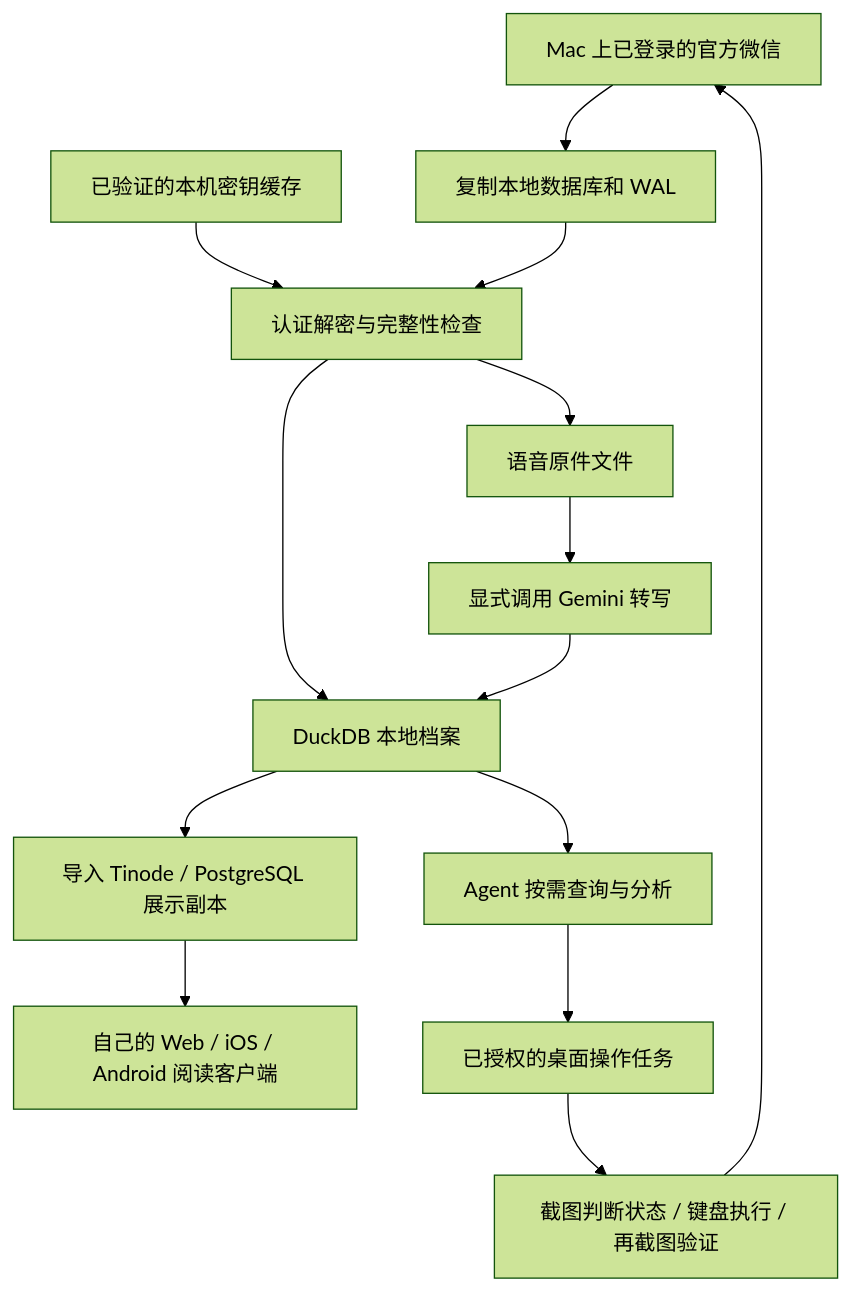
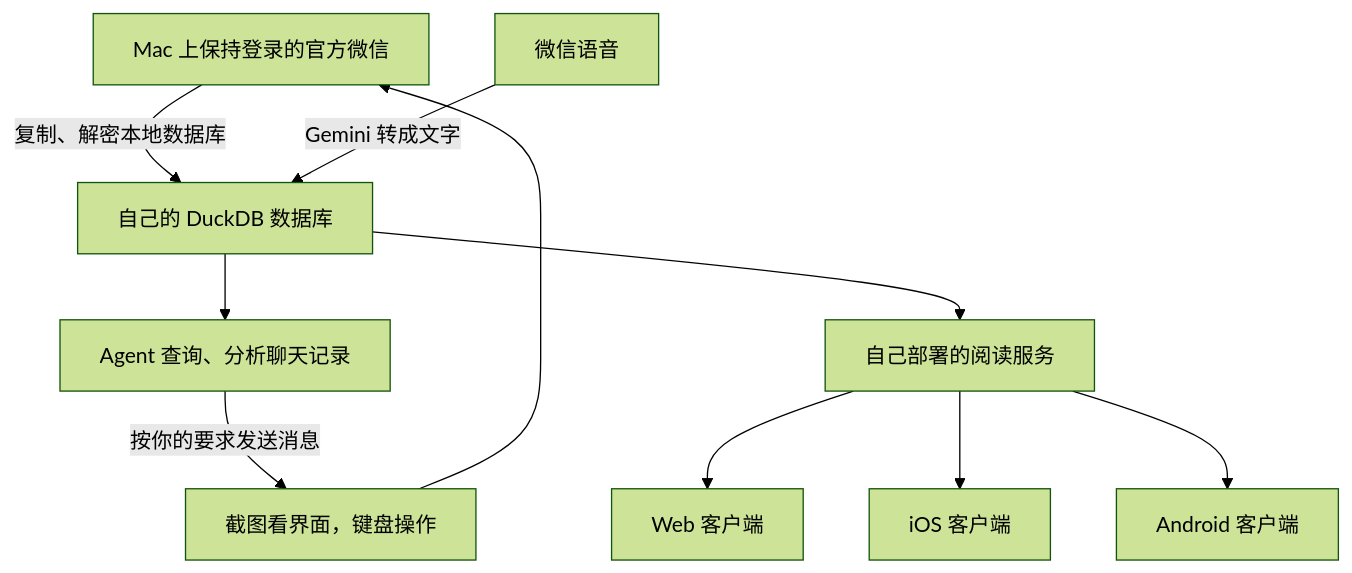
One commit to lixianglong1205/wechat-agent changed the diagram in README.md. Above: the diagram before and after it, drawn with Mermaid (forest theme). The commit also changed other lines of this file and 2 other files, not shown here.

Commit message:
Rewrite README as an architecture-first practical walkthrough

````diff
--- a/README.md
+++ b/README.md
@@ -66,16 +7,12 @@
 ```mermaid
 flowchart TD
-    W[Mac 上已登录的官方微信] --> S[复制本地数据库和 WAL]
-    K[已验证的本机密钥缓存] --> D[认证解密与完整性检查]
-    S --> D
-    D --> A[DuckDB 本地档案]
-    D --> V[语音原件文件]
-    V --> G[显式调用 Gemini 转写]
-    G --> A
-    A --> Q[Agent 按需查询与分析]
-    A --> P[导入 Tinode / PostgreSQL 展示副本]
-    P --> C[自己的 Web / iOS / Android 阅读客户端]
-    Q --> U[已授权的桌面操作任务]
-    U --> T[截图判断状态 / 键盘执行 / 再截图验证]
-    T --> W
+    W["Mac 上保持登录的官方微信"] -->|"复制、解密本地数据库"| D["自己的 DuckDB 数据库"]
+    V["微信语音"] -->|"Gemini 转成文字"| D
+    D --> A["Agent 查询、分析聊天记录"]
+    D --> S["自己部署的阅读服务"]
+    S --> WEB["Web 客户端"]
+    S --> IOS["iOS 客户端"]
+    S --> ANDROID["Android 客户端"]
+    A -->|"按你的要求发送消息"| U["截图看界面，键盘操作"]
+    U --> W
 ```
````
